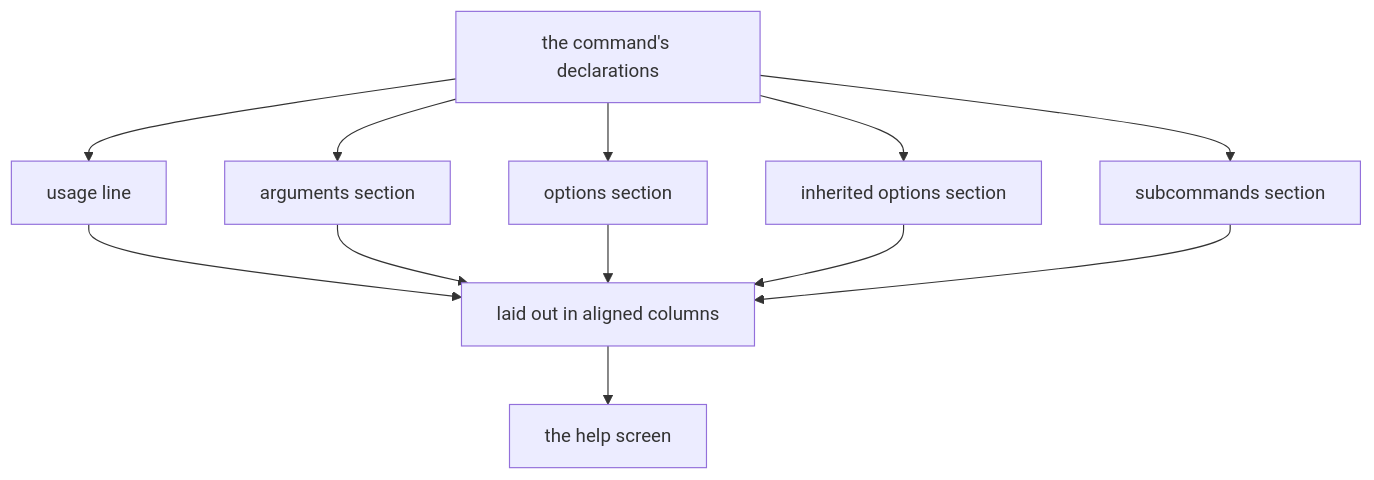
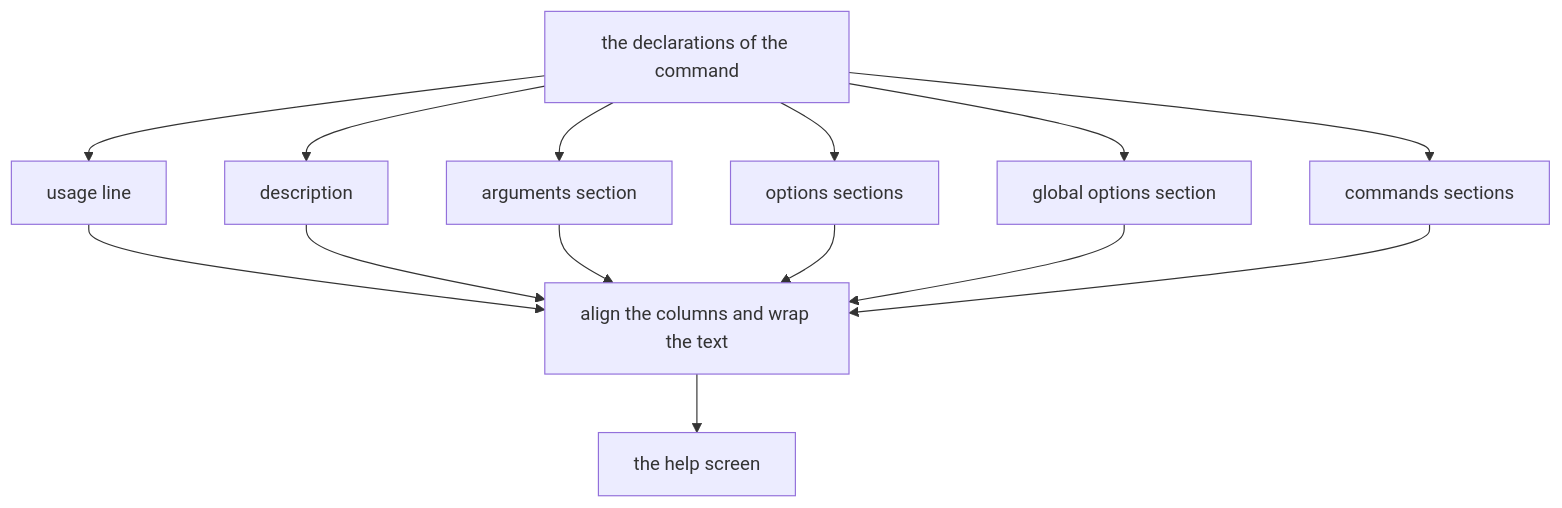
The first of 4 diagrams in docs/examples/commander/.cluedoc/help-generation/README.md (KeunwooPark/cluedoc), drawn with Mermaid before and after one commit. The commit also changed other lines of this file and 22 other files, not shown here.

````diff
--- a/docs/examples/commander/.cluedoc/help-generation/README.md
+++ b/docs/examples/commander/.cluedoc/help-generation/README.md
@@ -9,14 +9,16 @@
 ```mermaid
 flowchart TD
-    DECL["the command's declarations"] --> USAGE["usage line"]
+    DECL["the declarations of the command"] --> USAGE["usage line"]
+    DECL --> DESC["description"]
     DECL --> ARGS["arguments section"]
-    DECL --> OPTS["options section"]
-    DECL --> GLOB["inherited options section"]
-    DECL --> CMDS["subcommands section"]
-    USAGE --> FMT["laid out in aligned columns"]
+    DECL --> OPTS["options sections"]
+    DECL --> GLOB["global options section"]
+    DECL --> CMDS["commands sections"]
+    USAGE --> FMT["align the columns and wrap the text"]
+    DESC --> FMT
     ARGS --> FMT
     OPTS --> FMT
     GLOB --> FMT
     CMDS --> FMT
     FMT --> SCREEN["the help screen"]
 ```
````
